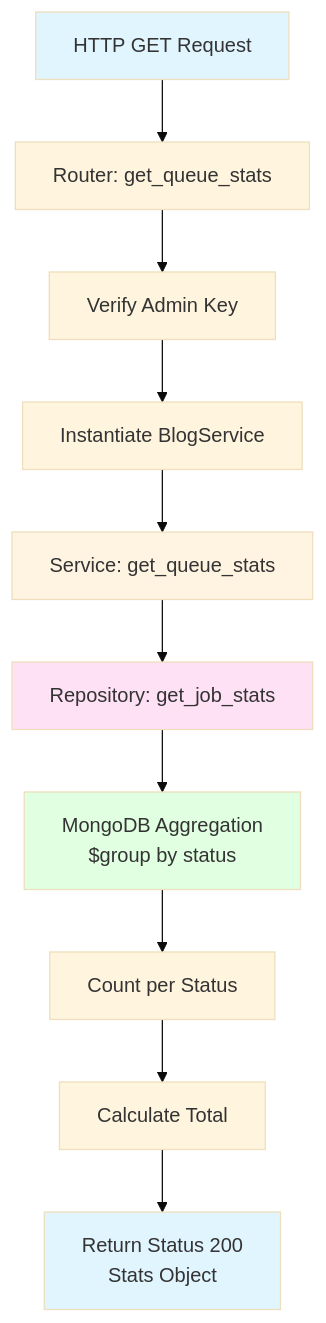
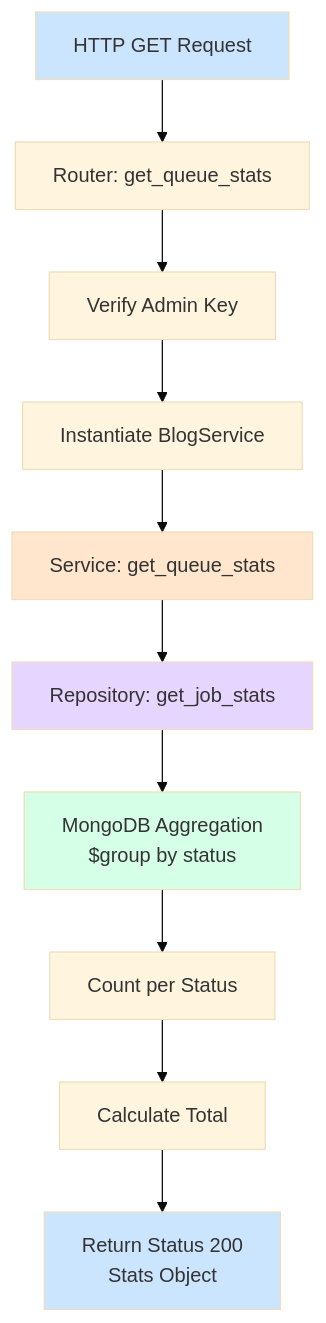
The third of 12 diagrams in SelfLearning/fyi_widget_api/ENDPOINT_FLOWS_VISUAL.md (amitspk/project-x), drawn with Mermaid (base theme) before and after one commit. The commit also changed other lines of this file, not shown here.

Commit message:
updated flow diagram

````diff
--- a/SelfLearning/fyi_widget_api/ENDPOINT_FLOWS_VISUAL.md
+++ b/SelfLearning/fyi_widget_api/ENDPOINT_FLOWS_VISUAL.md
@@ -110,18 +110,18 @@
 ```mermaid
 graph TD
     A[HTTP GET Request] --> B[Router: get_queue_stats]
     B --> C[Verify Admin Key]
     C --> D[Instantiate BlogService]
     D --> E[Service: get_queue_stats]
     E --> F[Repository: get_job_stats]
     F --> G[MongoDB Aggregation<br/>$group by status]
     G --> H[Count per Status]
     H --> I[Calculate Total]
     I --> J[Return Status 200<br/>Stats Object]
     
-    style A fill:#e1f5ff
-    style E fill:#fff4e1
-    style F fill:#ffe1f5
-    style G fill:#e1ffe1
-    style J fill:#e1f5ff
+    style A fill:#cce5ff
+    style E fill:#ffe6cc
+    style F fill:#e6d5ff
+    style G fill:#d5ffe6
+    style J fill:#cce5ff
 ```
````
